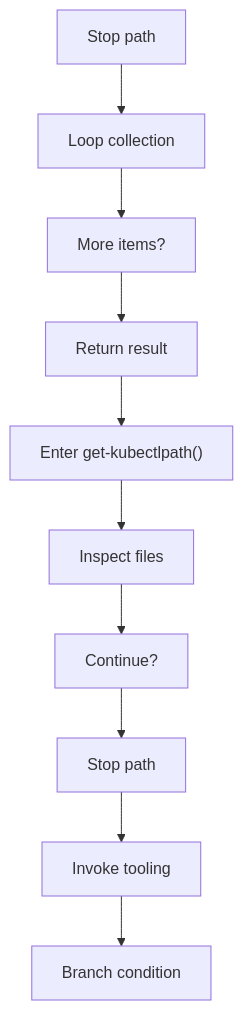
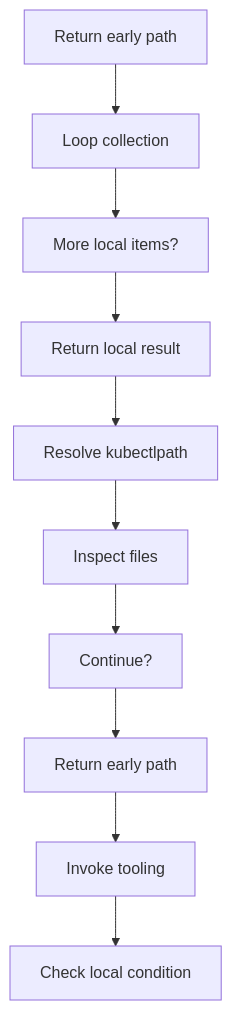
The fifth of 8 diagrams in docs/Codebase/Infrastructure/session-orchestration/bootstrap_and_deploy/bootstrap_and_deploy_program_flow_01.ps1.md (JohnAndrewBalbarosa/NeoTerritory), drawn with Mermaid before and after one commit. The commit also changed other lines of this file and 925 other files, not shown here.

````diff
--- a/docs/Codebase/Infrastructure/session-orchestration/bootstrap_and_deploy/bootstrap_and_deploy_program_flow_01.ps1.md
+++ b/docs/Codebase/Infrastructure/session-orchestration/bootstrap_and_deploy/bootstrap_and_deploy_program_flow_01.ps1.md
@@ -106,22 +106,22 @@
 ```mermaid
 flowchart TD
-    N0["Stop path"]
+    N0["Return early path"]
     N1["Loop collection"]
-    N2["More items?"]
-    N3["Return result"]
-    N4["Enter get-kubectlpath()"]
+    N2["More local items?"]
+    N3["Return local result"]
+    N4["Resolve kubectlpath"]
     N5["Inspect files"]
     N6["Continue?"]
-    N7["Stop path"]
+    N7["Return early path"]
     N8["Invoke tooling"]
-    N9["Branch condition"]
+    N9["Check local condition"]
     N0 --> N1
     N1 --> N2
     N2 --> N3
     N3 --> N4
     N4 --> N5
     N5 --> N6
     N6 --> N7
     N7 --> N8
     N8 --> N9
 ```
````
